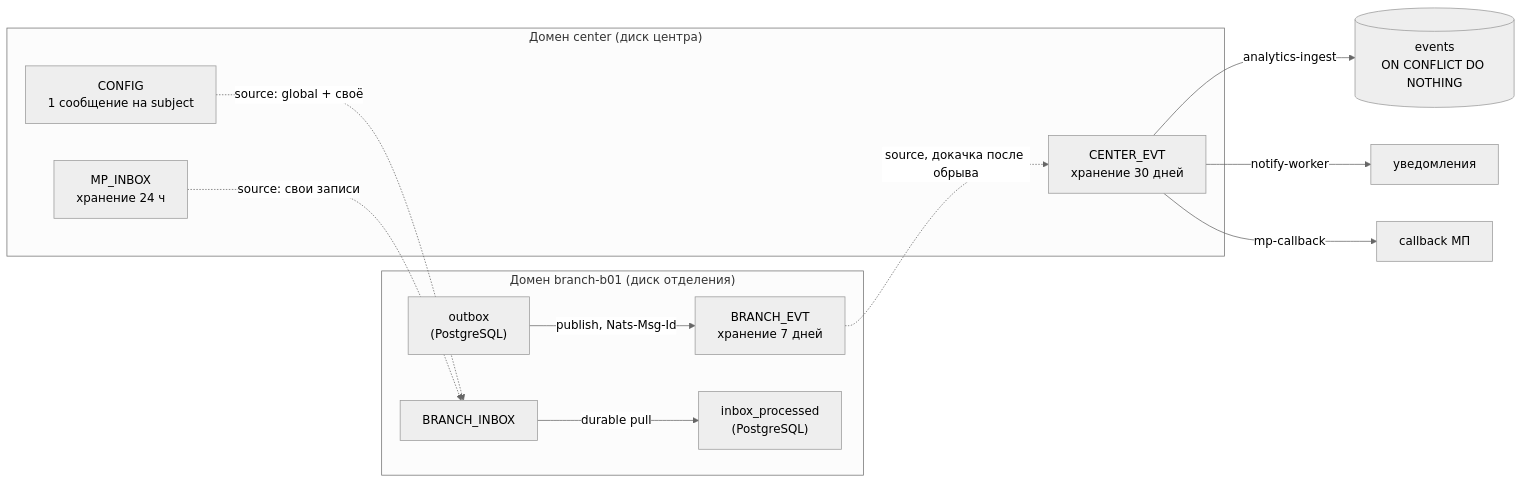
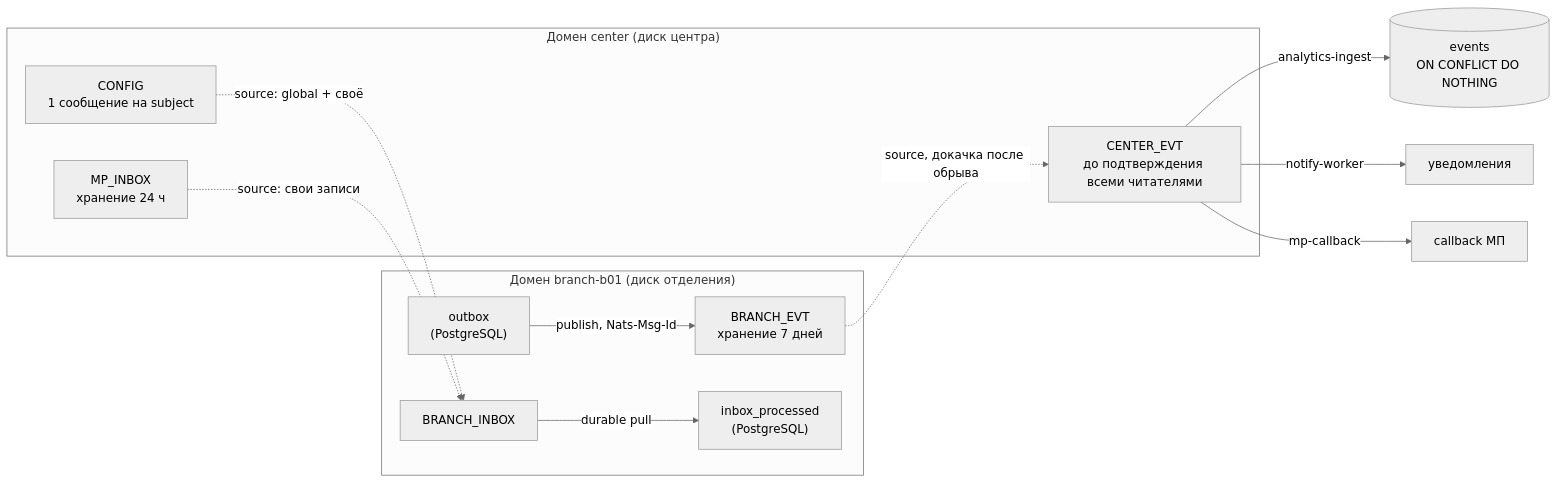
One commit to OsipShmel/esuo-deploy changed the second of 2 diagrams in docs/ESUO-design-doc.md. Above: the diagram before and after it, drawn with Mermaid (neutral theme). The commit also changed other lines of this file and 5 other files, not shown here.

First line of the commit message:
center: CENTER_EVT keeps an event until every reader has acknowledged it

````diff
--- a/docs/ESUO-design-doc.md
+++ b/docs/ESUO-design-doc.md
@@ -153,18 +153,18 @@
 ```mermaid
 flowchart LR
     subgraph BD["Домен branch-b01 (диск отделения)"]
         OUT["outbox<br/>(PostgreSQL)"] -->|"publish, Nats-Msg-Id"| BE["BRANCH_EVT<br/>хранение 7 дней"]
         BI["BRANCH_INBOX"] -->|"durable pull"| INB["inbox_processed<br/>(PostgreSQL)"]
     end
     subgraph CD["Домен center (диск центра)"]
-        CE["CENTER_EVT<br/>хранение 30 дней"]
+        CE["CENTER_EVT<br/>до подтверждения всеми читателями"]
         CFG["CONFIG<br/>1 сообщение на subject"]
         MP["MP_INBOX<br/>хранение 24 ч"]
     end
     BE -.->|"source, докачка после обрыва"| CE
     CFG -.->|"source: global + своё"| BI
     MP -.->|"source: свои записи"| BI
     CE -->|"analytics-ingest"| EV[("events<br/>ON CONFLICT DO NOTHING")]
     CE -->|"notify-worker"| NW["уведомления"]
     CE -->|"mp-callback"| MPC["callback МП"]
 ```
````
